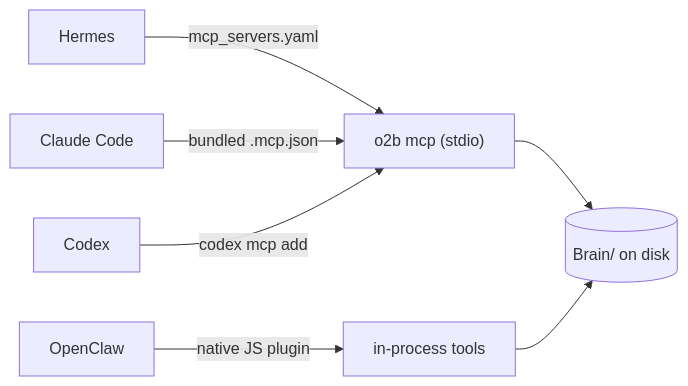
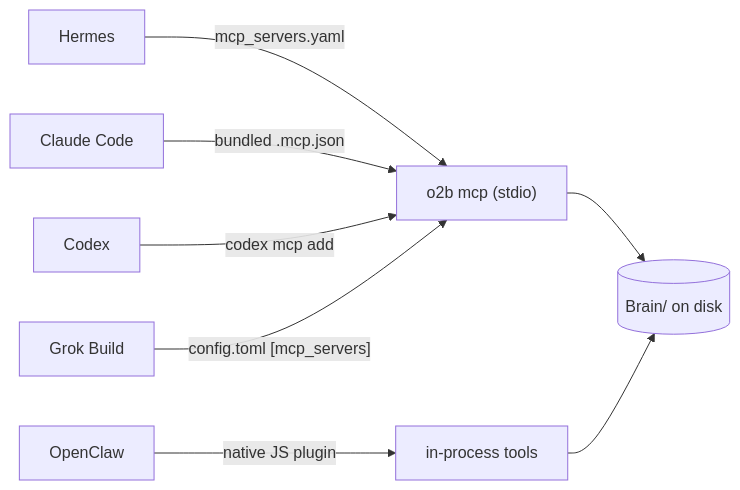
The ninth of 12 diagrams in docs/how-it-works.md (itechmeat/open-second-brain), drawn with Mermaid before and after one commit. The commit also changed other lines of this file and 51 other files, not shown here.

First line of the commit message:
feat: native Grok Build CLI integration - bundled plugin, hooks, session import (v1.4.0) (#91)

````diff
--- a/docs/how-it-works.md
+++ b/docs/how-it-works.md
@@ -670,9 +670,10 @@
 ```mermaid
 graph LR
     Hermes -- "mcp_servers.yaml" --> Stdio["o2b mcp (stdio)"]
     ClaudeCode["Claude Code"] -- "bundled .mcp.json" --> Stdio
     Codex -- "codex mcp add" --> Stdio
+    GrokBuild["Grok Build"] -- "config.toml [mcp_servers]" --> Stdio
     OpenClaw -- "native JS plugin" --> InProc["in-process tools"]
     Stdio --> Vault[(Brain/ on disk)]
     InProc --> Vault
 ```
````
